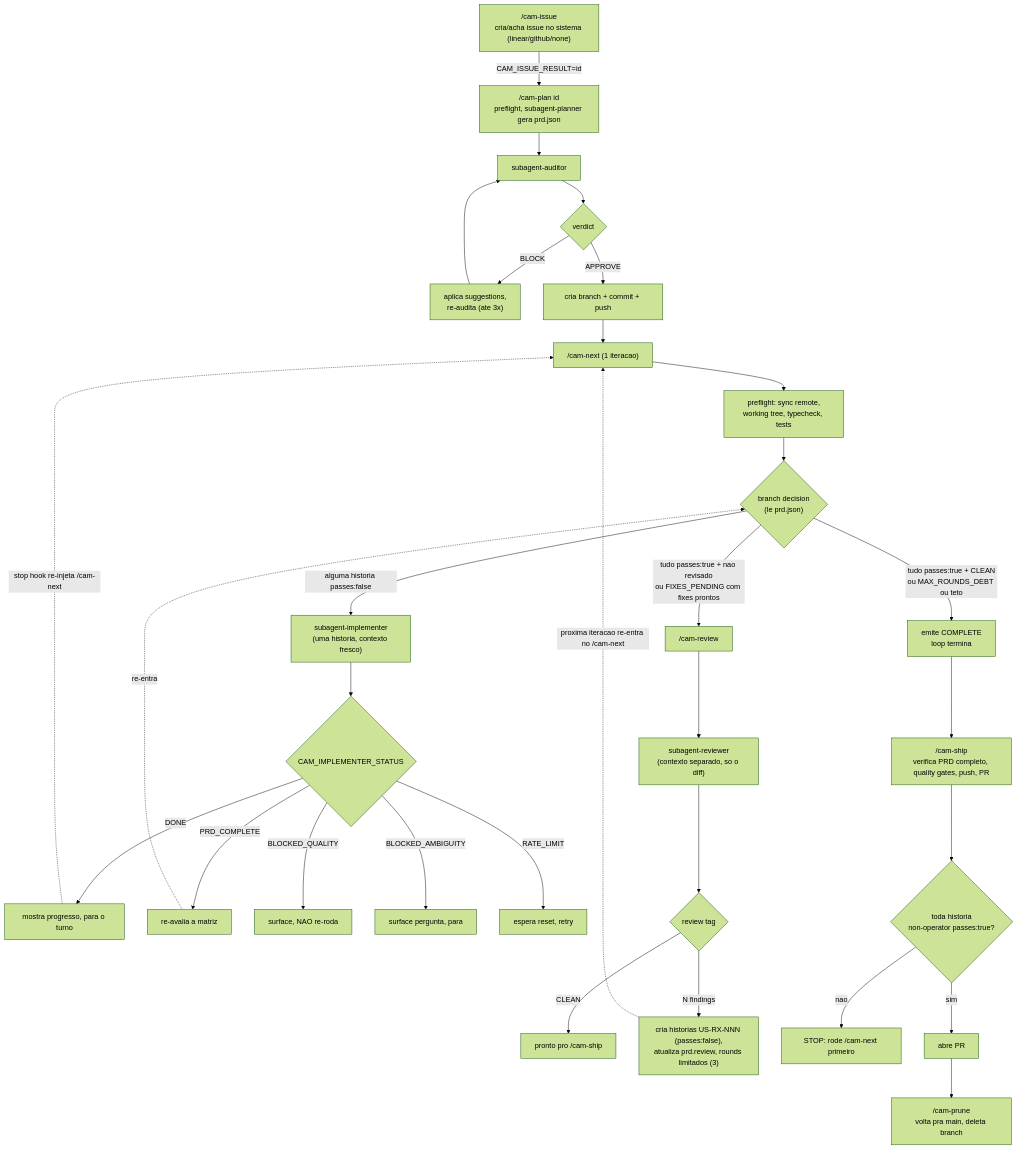
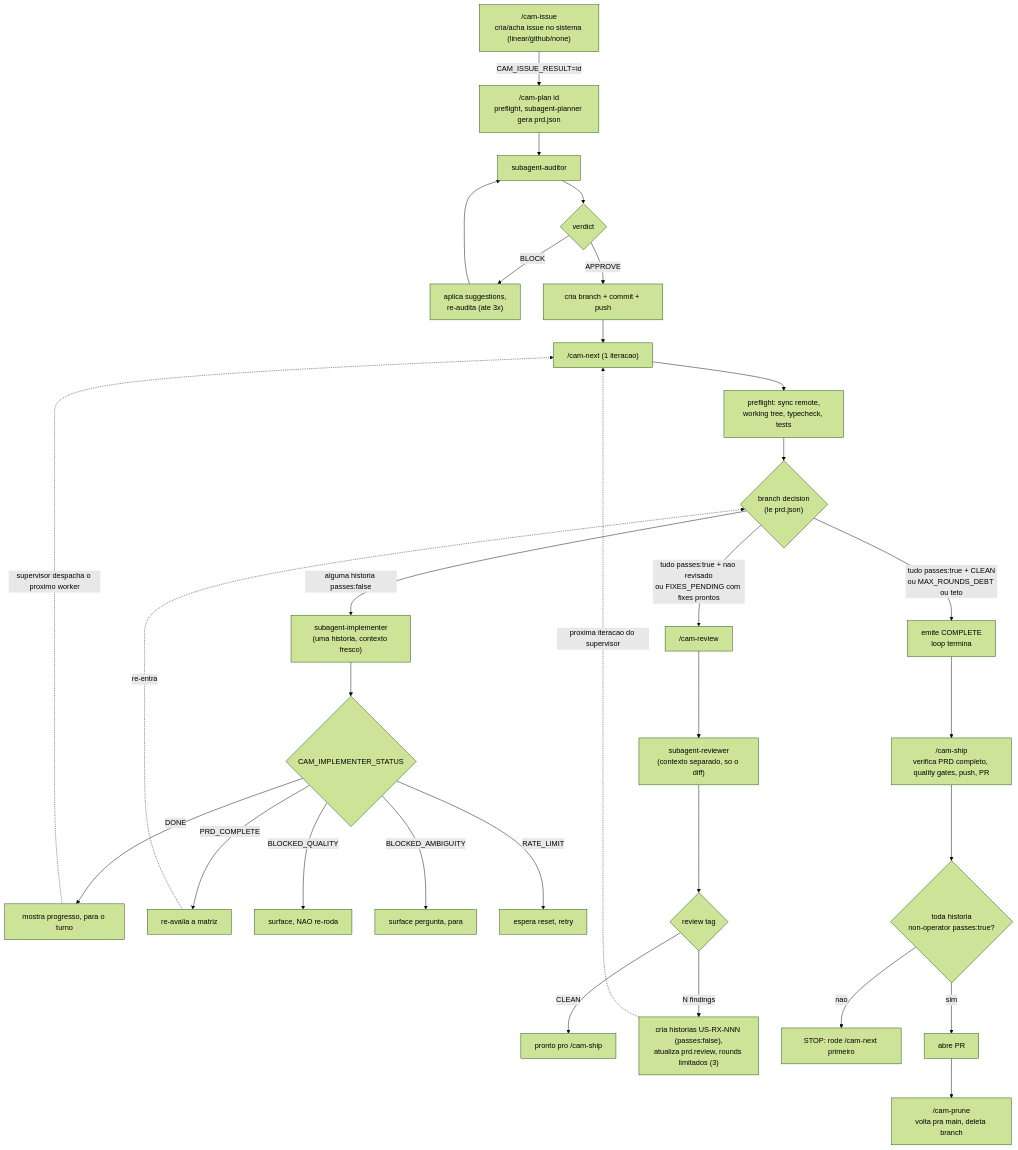
One commit to eduardocaminha/cam-cli changed the ninth of 10 diagrams in FLOW.md. Above: the diagram before and after it, drawn with Mermaid (forest theme). The commit also changed other lines of this file and 2 other files, not shown here.

Commit message:
docs: US-002 - reconcile FLOW.md to the supervisor model (retire stop-hook/<promise> narrative) (CAM-4)

````diff
--- a/FLOW.md
+++ b/FLOW.md
@@ -370,38 +373,38 @@
 ```mermaid
 flowchart TD
     ISSUE["/cam-issue<br/>cria/acha issue no sistema (linear/github/none)"] -->|"CAM_ISSUE_RESULT=id"| PLANC["/cam-plan id<br/>preflight, subagent-planner gera prd.json"]
     PLANC --> AUDIT["subagent-auditor"]
     AUDIT --> VERD{"verdict"}
     VERD -->|"BLOCK"| FIX["aplica suggestions,<br/>re-audita (ate 3x)"]
     FIX --> AUDIT
     VERD -->|"APPROVE"| BRANCH["cria branch + commit + push"]
 
     BRANCH --> NEXTC["/cam-next (1 iteracao)"]
     NEXTC --> PRE["preflight: sync remote,<br/>working tree, typecheck, tests"]
     PRE --> DEC{"branch decision<br/>(le prd.json)"}
 
     DEC -->|"alguma historia passes:false"| IMPL["subagent-implementer<br/>(uma historia, contexto fresco)"]
     IMPL --> ST{"CAM_IMPLEMENTER_STATUS"}
     ST -->|"DONE"| DONE["mostra progresso, para o turno"]
     ST -->|"PRD_COMPLETE"| REEVAL["re-avalia a matriz"]
     ST -->|"BLOCKED_QUALITY"| BQ["surface, NAO re-roda"]
     ST -->|"BLOCKED_AMBIGUITY"| BA["surface pergunta, para"]
     ST -->|"RATE_LIMIT"| RL["espera reset, retry"]
 
     DEC -->|"tudo passes:true + nao revisado<br/>ou FIXES_PENDING com fixes prontos"| REVIEWC["/cam-review"]
     DEC -->|"tudo passes:true + CLEAN<br/>ou MAX_ROUNDS_DEBT ou teto"| COMPLETE["emite COMPLETE<br/>loop termina"]
 
     REVIEWC --> REVAGENT["subagent-reviewer<br/>(contexto separado, so o diff)"]
     REVAGENT --> RV{"review tag"}
     RV -->|"CLEAN"| RCLEAN["pronto pro /cam-ship"]
     RV -->|"N findings"| RFIX["cria historias US-RX-NNN (passes:false),<br/>atualiza prd.review, rounds limitados (3)"]
-    RFIX -. "proxima iteracao re-entra no /cam-next" .-> NEXTC
-    DONE -. "stop hook re-injeta /cam-next" .-> NEXTC
+    RFIX -. "proxima iteracao do supervisor" .-> NEXTC
+    DONE -. "supervisor despacha o proximo worker" .-> NEXTC
     REEVAL -. "re-entra" .-> DEC
 
     COMPLETE --> SHIPC["/cam-ship<br/>verifica PRD completo, quality gates, push, PR"]
     SHIPC --> SHIPCHK{"toda historia<br/>non-operator passes:true?"}
     SHIPCHK -->|nao| SHIPSTOP["STOP: rode /cam-next primeiro"]
     SHIPCHK -->|sim| PR["abre PR"]
     PR --> PRUNEC["/cam-prune<br/>volta pra main, deleta branch"]
 ```
````
